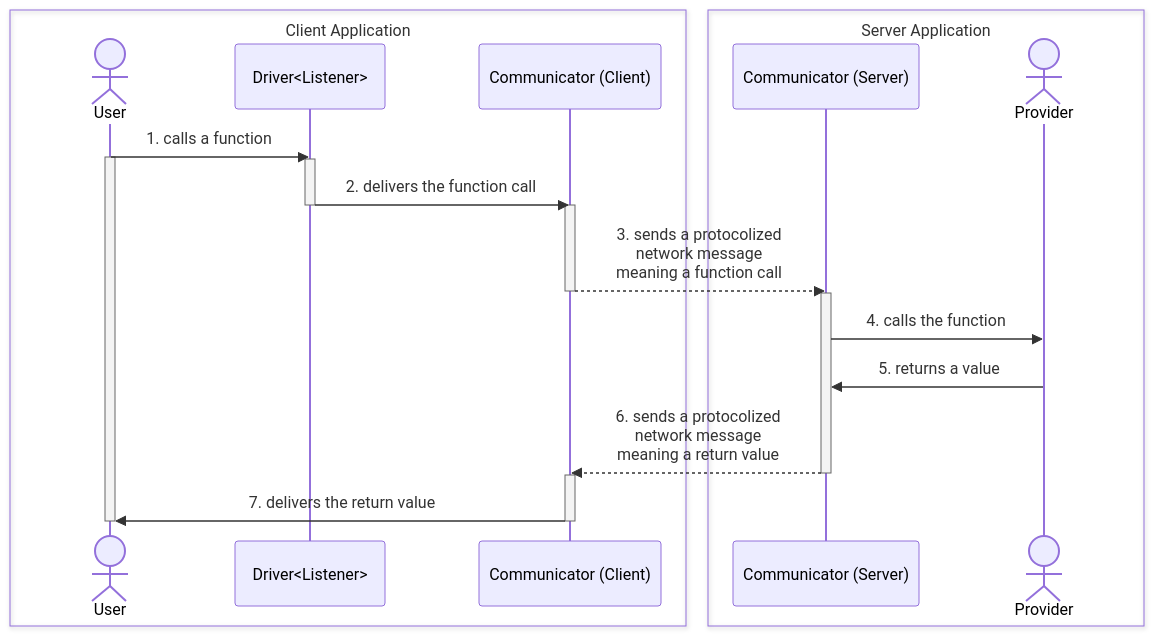
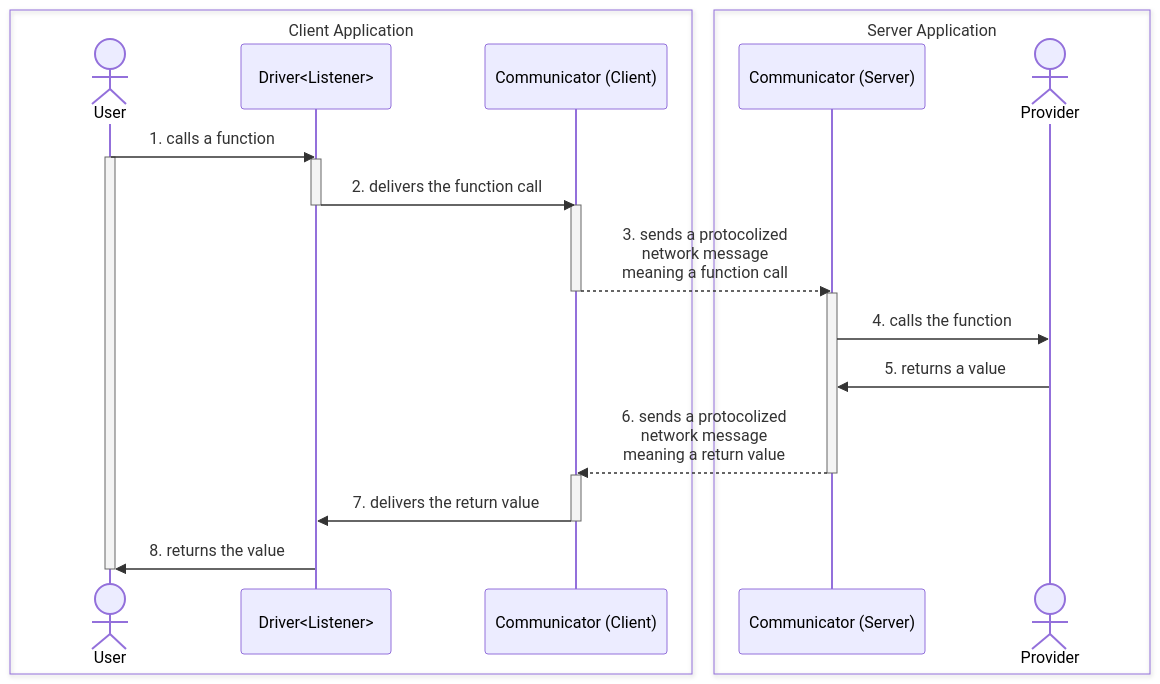
Before and after one commit to samchon/tgrid: the diagram in website/pages/docs/features/components.mdx, drawn with Mermaid.

Commit message:
Change sequence diagram a little bit

````diff
--- a/website/pages/docs/features/components.mdx
+++ b/website/pages/docs/features/components.mdx
@@ -21,29 +21,30 @@
 ```mermaid
 sequenceDiagram
 box Client Application
   actor User
   participant Driver as Driver<Listener>
   participant Connector as Communicator (Client)
 end
 box Server Application
   participant Acceptor as Communicator (Server)
   actor Provider
 end
 User->>Driver: 1. calls a function
 Activate User
 Activate Driver
 Driver->>Connector: 2. delivers the function call
 Activate Connector
 Deactivate Driver
 Connector-->>Acceptor: 3. sends a protocolized<br/>network message<br/>meaning a function call
 Deactivate Connector
 Activate Acceptor
 Acceptor->>Provider: 4. calls the function
 Provider->>Acceptor: 5. returns a value
 Acceptor-->>Connector: 6. sends a protocolized<br/>network message<br/>meaning a return value
 Deactivate Acceptor
 Activate Connector
-Connector->>User: 7. delivers the return value
+Connector->>Driver: 7. delivers the return value
 Deactivate Connector
+Driver->>User: 8. returns the value
 Deactivate User
 ```
````
